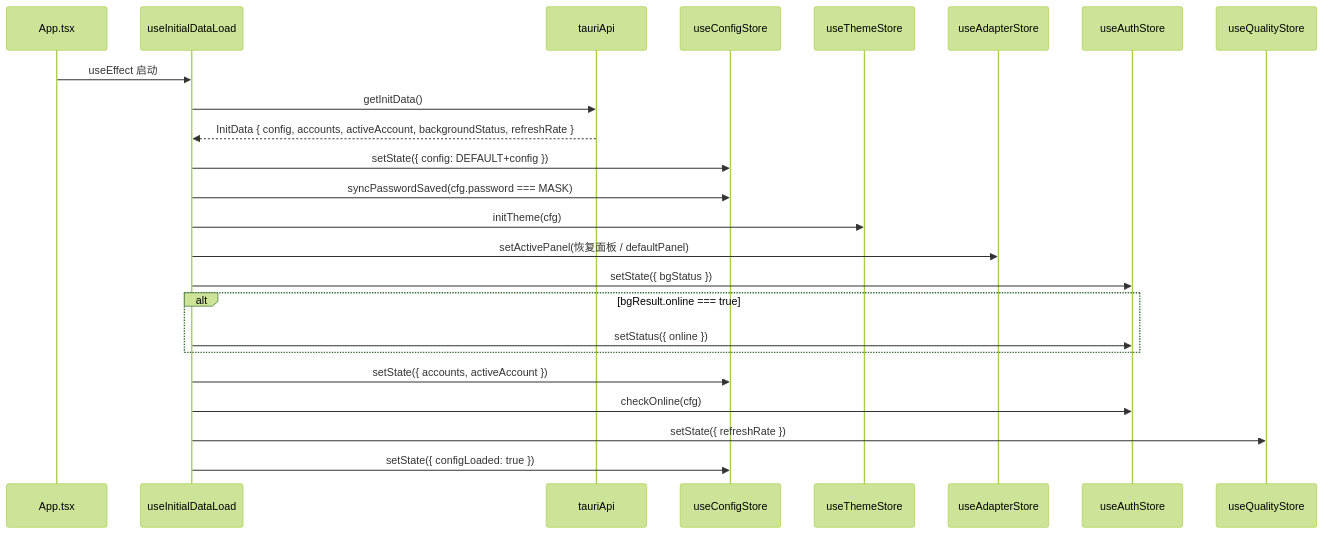
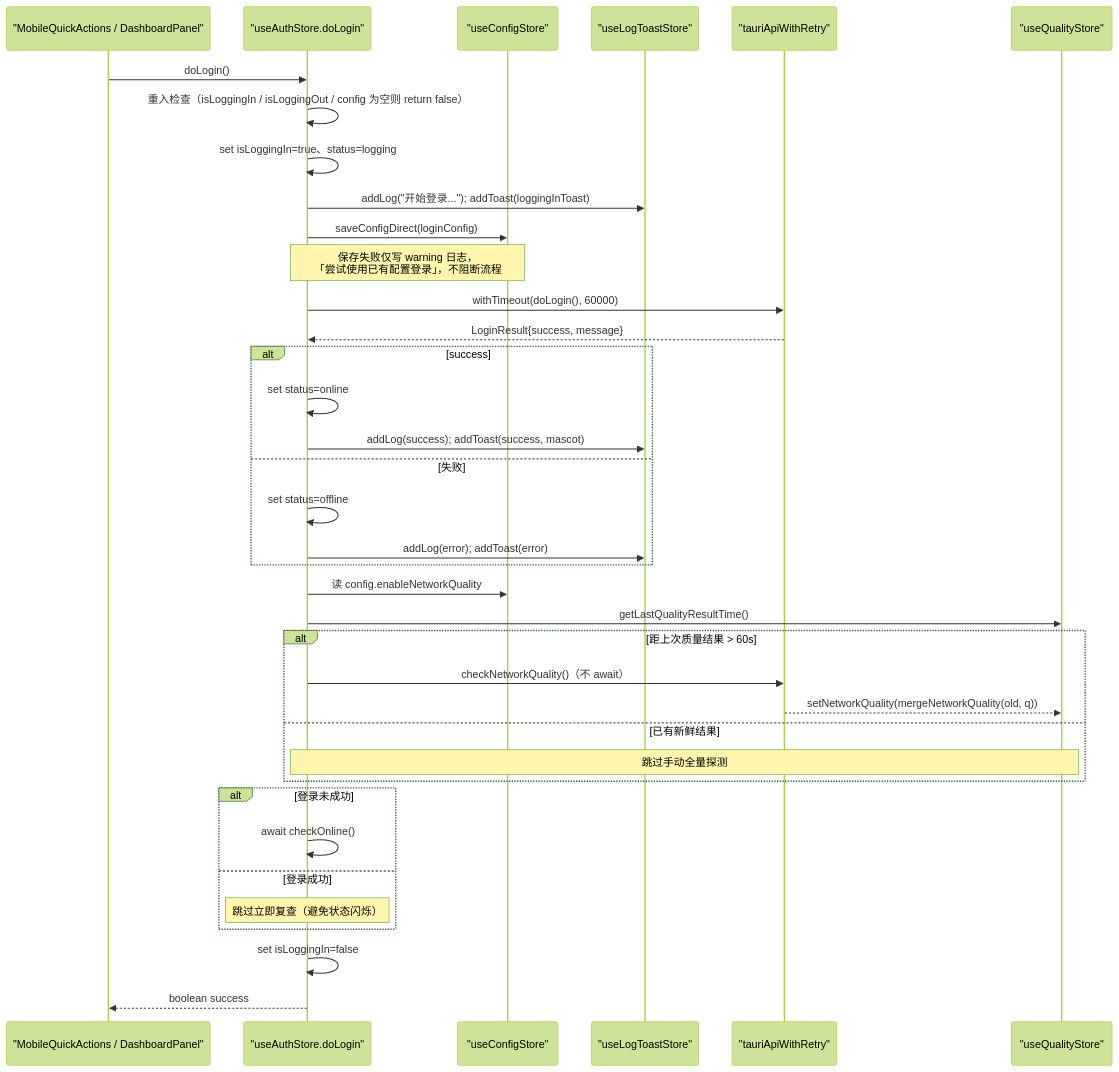
Before and after one commit to ikliml666/Wxxy-CampusLogin: the fourth of 17 diagrams in .codewiki/modules/android-frontend-hooks-state-stores.md, drawn with Mermaid (forest theme). The commit also changed other lines of this file and 3 other files, not shown here.

````diff
--- a/.codewiki/modules/android-frontend-hooks-state-stores.md
+++ b/.codewiki/modules/android-frontend-hooks-state-stores.md
@@ -168,27 +196,40 @@
 ```mermaid
 sequenceDiagram
-    participant App as App.tsx
-    participant Init as useInitialDataLoad
-    participant API as tauriApi
-    participant CS as useConfigStore
-    participant TS as useThemeStore
-    participant ADS as useAdapterStore
-    participant AS as useAuthStore
-    participant QS as useQualityStore
+    participant UI as "MobileQuickActions / DashboardPanel"
+    participant AS as "useAuthStore.doLogin"
+    participant CS as "useConfigStore"
+    participant LS as "useLogToastStore"
+    participant API as "tauriApiWithRetry"
+    participant QS as "useQualityStore"
 
-    App->>Init: useEffect 启动
-    Init->>API: getInitData()
-    API-->>Init: InitData { config, accounts, activeAccount, backgroundStatus, refreshRate }
-    Init->>CS: setState({ config: DEFAULT+config })
-    Init->>CS: syncPasswordSaved(cfg.password === MASK)
-    Init->>TS: initTheme(cfg)
-    Init->>ADS: setActivePanel(恢复面板 / defaultPanel)
-    Init->>AS: setState({ bgStatus })
-    alt bgResult.online === true
-        Init->>AS: setStatus({ online })
+    UI->>AS: doLogin()
+    AS->>AS: 重入检查（isLoggingIn / isLoggingOut / config 为空则 return false）
+    AS->>AS: set isLoggingIn=true、status=logging
+    AS->>LS: addLog("开始登录...")#59; addToast(loggingInToast)
+    AS->>CS: saveConfigDirect(loginConfig)
+    Note over AS,CS: 保存失败仅写 warning 日志，<br/>「尝试使用已有配置登录」，不阻断流程
+    AS->>API: withTimeout(doLogin(), 60000)
+    API-->>AS: LoginResult{success, message}
+    alt success
+        AS->>AS: set status=online
+        AS->>LS: addLog(success)#59; addToast(success, mascot)
+    else 失败
+        AS->>AS: set status=offline
+        AS->>LS: addLog(error)#59; addToast(error)
     end
-    Init->>CS: setState({ accounts, activeAccount })
-    Init->>AS: checkOnline(cfg)
-    Init->>QS: setState({ refreshRate })
-    Init->>CS: setState({ configLoaded: true })
+    AS->>CS: 读 config.enableNetworkQuality
+    AS->>QS: getLastQualityResultTime()
+    alt 距上次质量结果 > 60s
+        AS->>API: checkNetworkQuality()（不 await）
+        API-->>QS: setNetworkQuality(mergeNetworkQuality(old, q))
+    else 已有新鲜结果
+        Note over AS,QS: 跳过手动全量探测
+    end
+    alt 登录未成功
+        AS->>AS: await checkOnline()
+    else 登录成功
+        Note over AS: 跳过立即复查（避免状态闪烁）
+    end
+    AS->>AS: set isLoggingIn=false
+    AS-->>UI: boolean success
 ```
````
